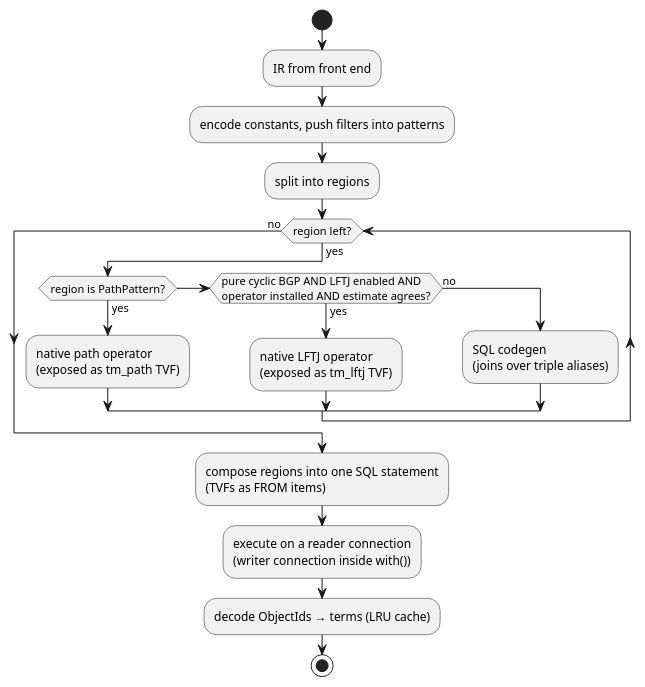
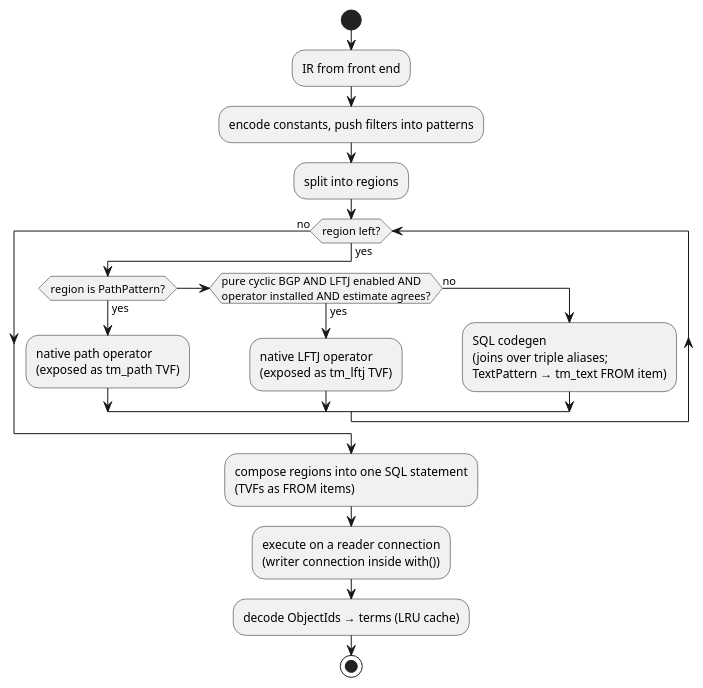
One commit to Volland/tiramemsu changed the second of 12 diagrams in lat.md/query.md. Above: the diagram before and after it, drawn with PlantUML. The commit also changed other lines of this file and 6 other files, not shown here.

Commit message:
lat.md: how the 0.3 features work, architecture, crate and deployment diagrams

````diff
--- a/lat.md/query.md
+++ b/lat.md/query.md
@@ -147,22 +167,22 @@
 ```plantuml
 @startuml routing
 skinparam shadowing false
 start
 :IR from front end;
 :encode constants, push filters into patterns;
 :split into regions;
 while (region left?) is (yes)
   if (region is PathPattern?) then (yes)
     :native path operator\n(exposed as tm_path TVF);
   elseif (pure cyclic BGP AND LFTJ enabled AND\noperator installed AND estimate agrees?) then (yes)
     :native LFTJ operator\n(exposed as tm_lftj TVF);
   else (no)
-    :SQL codegen\n(joins over triple aliases);
+    :SQL codegen\n(joins over triple aliases;\nTextPattern → tm_text FROM item);
   endif
 endwhile (no)
 :compose regions into one SQL statement\n(TVFs as FROM items);
 :execute on a reader connection\n(writer connection inside with());
 :decode ObjectIds → terms (LRU cache);
 stop
 @enduml
 ```
````
